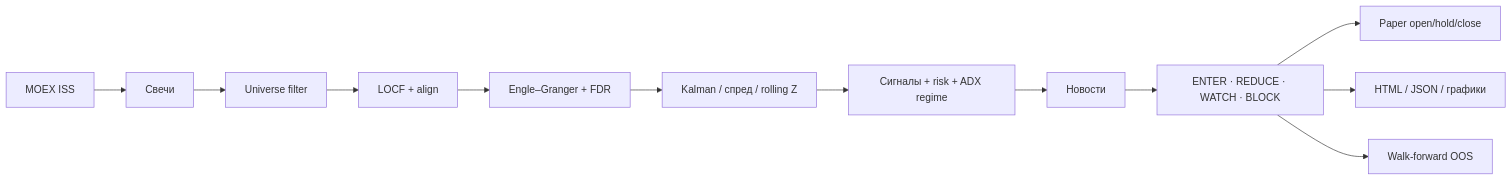
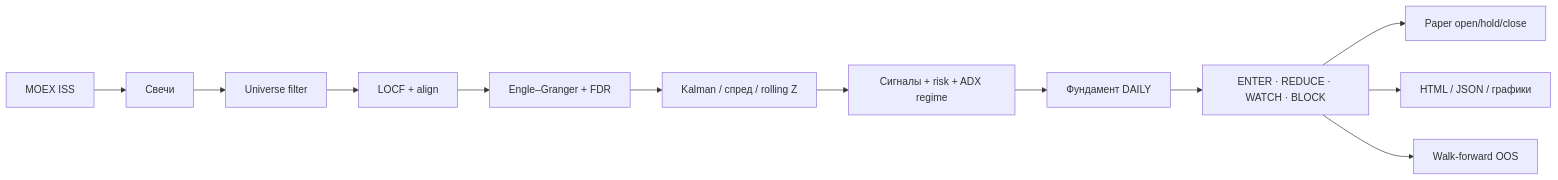
Before and after one commit to ITmeansIvanTyulkin/IMOEX: the diagram in README.md, drawn with Mermaid. The commit also changed other lines of this file and 2 other files, not shown here.

First line of the commit message:
Document multi-day FA-after-tech flow in README and strategy UI.

````diff
--- a/README.md
+++ b/README.md
@@ -36,14 +36,14 @@
 ```mermaid
 flowchart LR
   A[MOEX ISS] --> B[Свечи]
   B --> U[Universe filter]
   U --> C[LOCF + align]
   C --> D[Engle–Granger + FDR]
   D --> E[Kalman / спред / rolling Z]
   E --> F[Сигналы + risk + ADX regime]
-  F --> G[Новости]
+  F --> G[Фундамент DAILY]
   G --> H[ENTER · REDUCE · WATCH · BLOCK]
   H --> P[Paper open/hold/close]
   H --> I[HTML / JSON / графики]
   H --> W[Walk-forward OOS]
 ```
````
